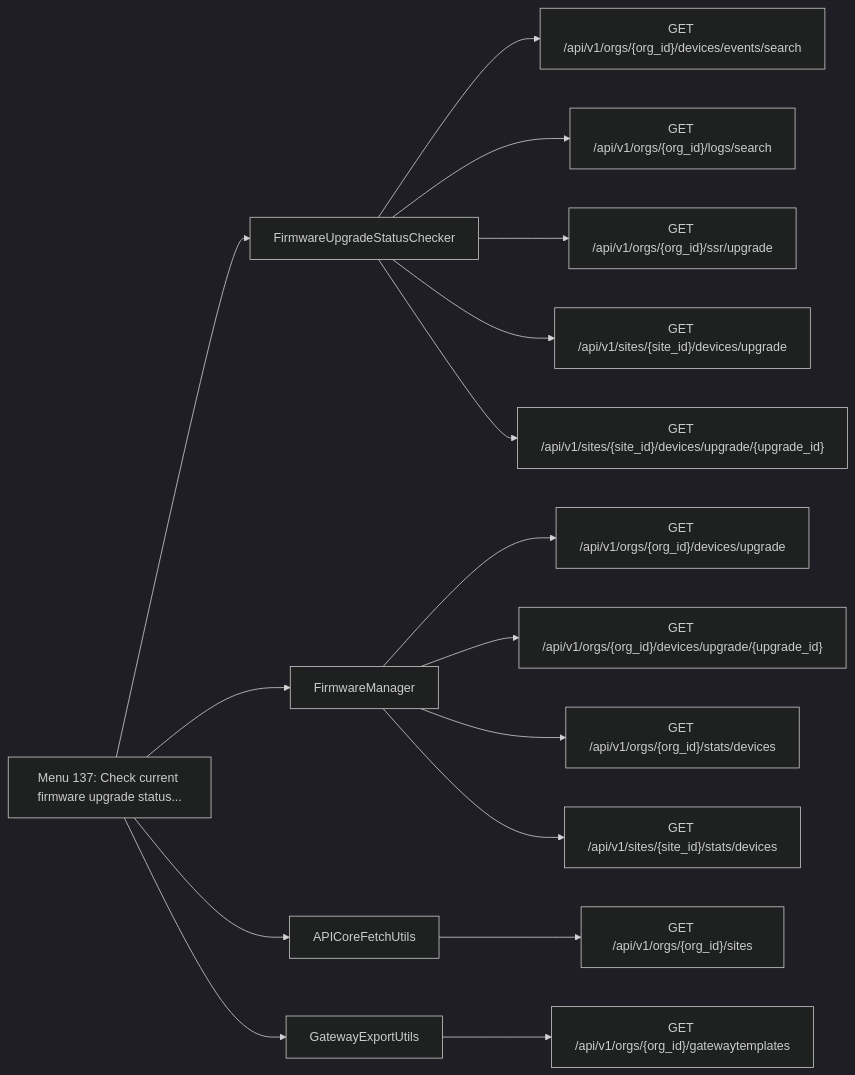
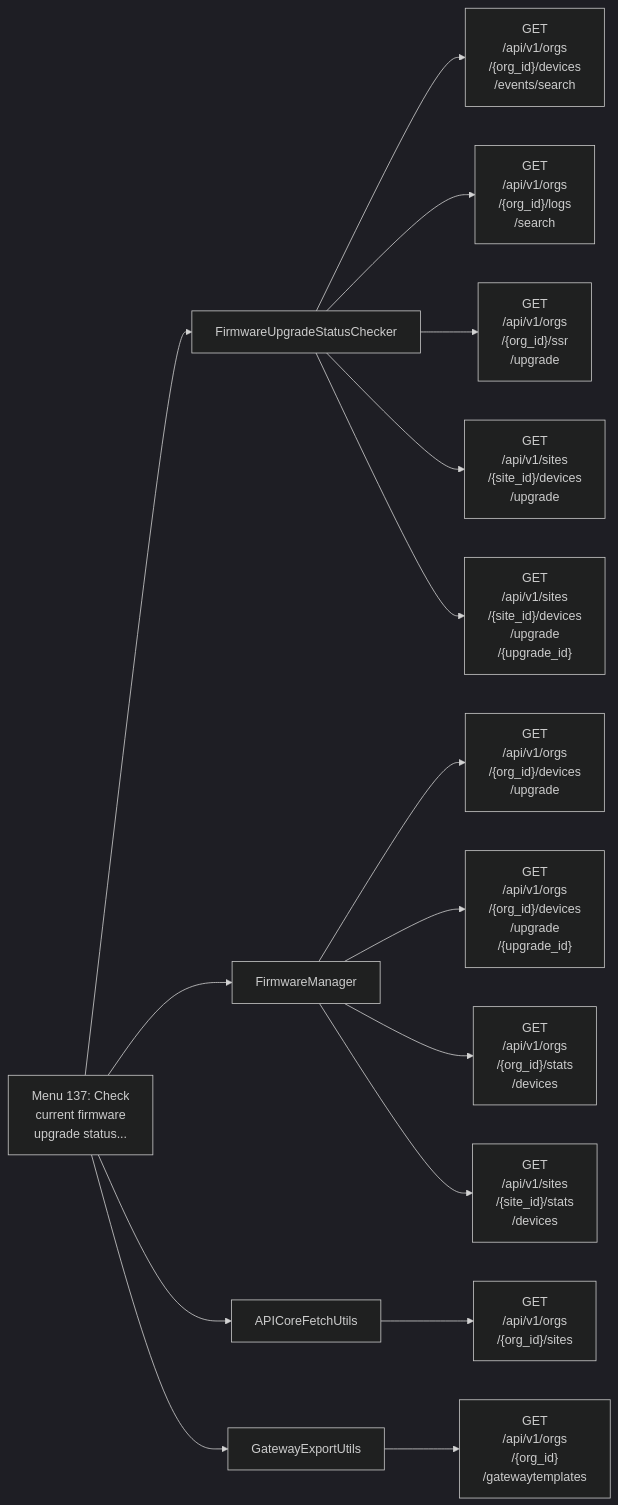
Diagram 15 of 28 in documentation/menu-api/interactive.md (jmorrison-juniper/MistHelper), drawn with Mermaid (dark theme) before and after one commit. The commit also changed other lines of this file and 19 other files, not shown here.

First line of the commit message:
docs(menu-api): fit the Mermaid diagrams to the wiki column

````diff
--- a/documentation/menu-api/interactive.md
+++ b/documentation/menu-api/interactive.md
@@ -506,19 +358,19 @@
 ```mermaid
 flowchart LR
-    menu["Menu 137: Check current firmware upgrade status..."]
+    menu["Menu 137: Check<br/>current firmware<br/>upgrade status..."]
     menu --> c1["FirmwareUpgradeStatusChecker"]
-    c1 --> e1["GET /api/v1/orgs/{org_id}/devices/events/search"]
-    c1 --> e2["GET /api/v1/orgs/{org_id}/logs/search"]
-    c1 --> e3["GET /api/v1/orgs/{org_id}/ssr/upgrade"]
-    c1 --> e4["GET /api/v1/sites/{site_id}/devices/upgrade"]
-    c1 --> e5["GET /api/v1/sites/{site_id}/devices/upgrade/{upgrade_id}"]
+    c1 --> e1["GET<br/>/api/v1/orgs<br/>/{org_id}/devices<br/>/events/search"]
+    c1 --> e2["GET<br/>/api/v1/orgs<br/>/{org_id}/logs<br/>/search"]
+    c1 --> e3["GET<br/>/api/v1/orgs<br/>/{org_id}/ssr<br/>/upgrade"]
+    c1 --> e4["GET<br/>/api/v1/sites<br/>/{site_id}/devices<br/>/upgrade"]
+    c1 --> e5["GET<br/>/api/v1/sites<br/>/{site_id}/devices<br/>/upgrade<br/>/{upgrade_id}"]
     menu --> c2["FirmwareManager"]
-    c2 --> e6["GET /api/v1/orgs/{org_id}/devices/upgrade"]
-    c2 --> e7["GET /api/v1/orgs/{org_id}/devices/upgrade/{upgrade_id}"]
-    c2 --> e8["GET /api/v1/orgs/{org_id}/stats/devices"]
-    c2 --> e9["GET /api/v1/sites/{site_id}/stats/devices"]
+    c2 --> e6["GET<br/>/api/v1/orgs<br/>/{org_id}/devices<br/>/upgrade"]
+    c2 --> e7["GET<br/>/api/v1/orgs<br/>/{org_id}/devices<br/>/upgrade<br/>/{upgrade_id}"]
+    c2 --> e8["GET<br/>/api/v1/orgs<br/>/{org_id}/stats<br/>/devices"]
+    c2 --> e9["GET<br/>/api/v1/sites<br/>/{site_id}/stats<br/>/devices"]
     menu --> c3["APICoreFetchUtils"]
-    c3 --> e10["GET /api/v1/orgs/{org_id}/sites"]
+    c3 --> e10["GET<br/>/api/v1/orgs<br/>/{org_id}/sites"]
     menu --> c4["GatewayExportUtils"]
-    c4 --> e11["GET /api/v1/orgs/{org_id}/gatewaytemplates"]
+    c4 --> e11["GET<br/>/api/v1/orgs<br/>/{org_id}<br/>/gatewaytemplates"]
 ```
````
